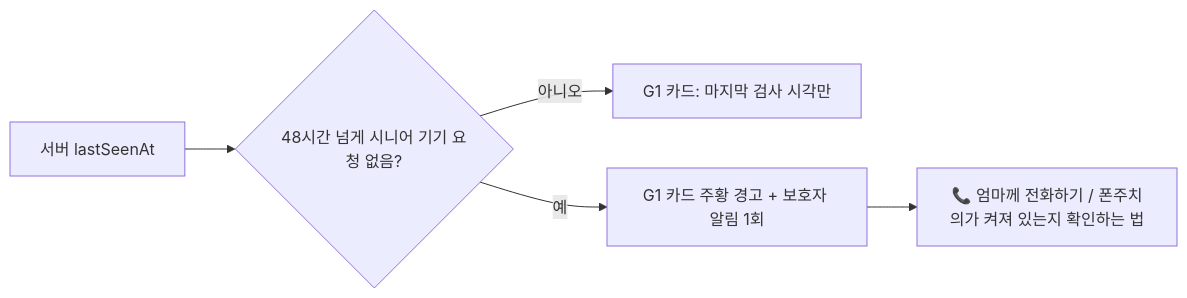
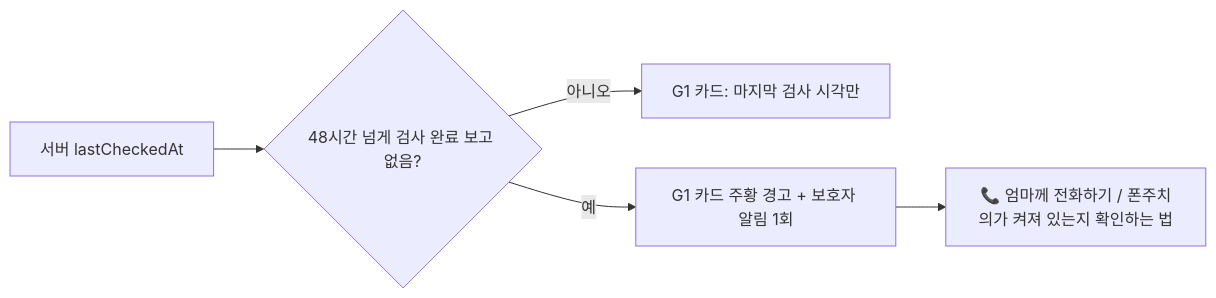
The fifth of 5 diagrams in specs/001-mvp/ux-flows.md (inq-o/phonedoctor), drawn with Mermaid before and after one commit. The commit also changed other lines of this file and 5 other files, not shown here.

````diff
--- a/specs/001-mvp/ux-flows.md
+++ b/specs/001-mvp/ux-flows.md
@@ -173,7 +173,7 @@
 ```mermaid
 flowchart LR
-    A[서버 lastSeenAt] --> B{48시간 넘게 시니어 기기 요청 없음?}
+    A[서버 lastCheckedAt] --> B{48시간 넘게 검사 완료 보고 없음?}
     B -- 아니오 --> Z[G1 카드: 마지막 검사 시각만]
     B -- 예 --> C[G1 카드 주황 경고 + 보호자 알림 1회]
     C --> D[📞 엄마께 전화하기 / 폰주치의가 켜져 있는지 확인하는 법]
 ```
````
